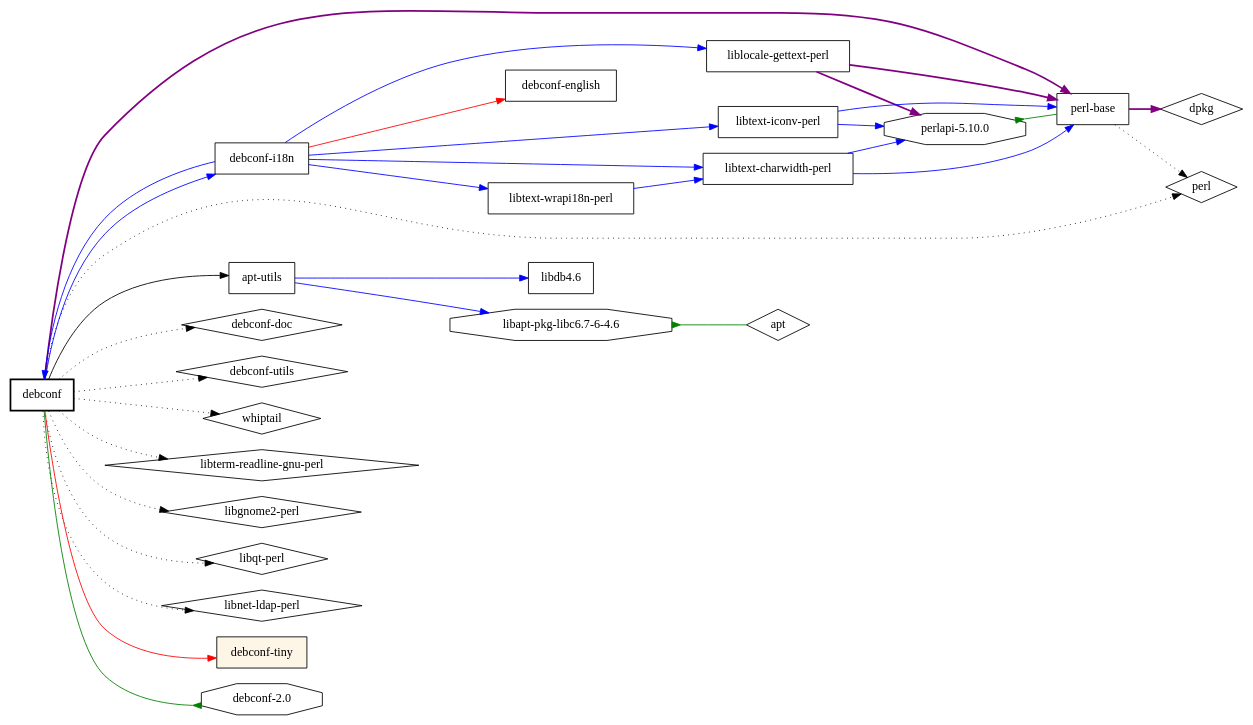
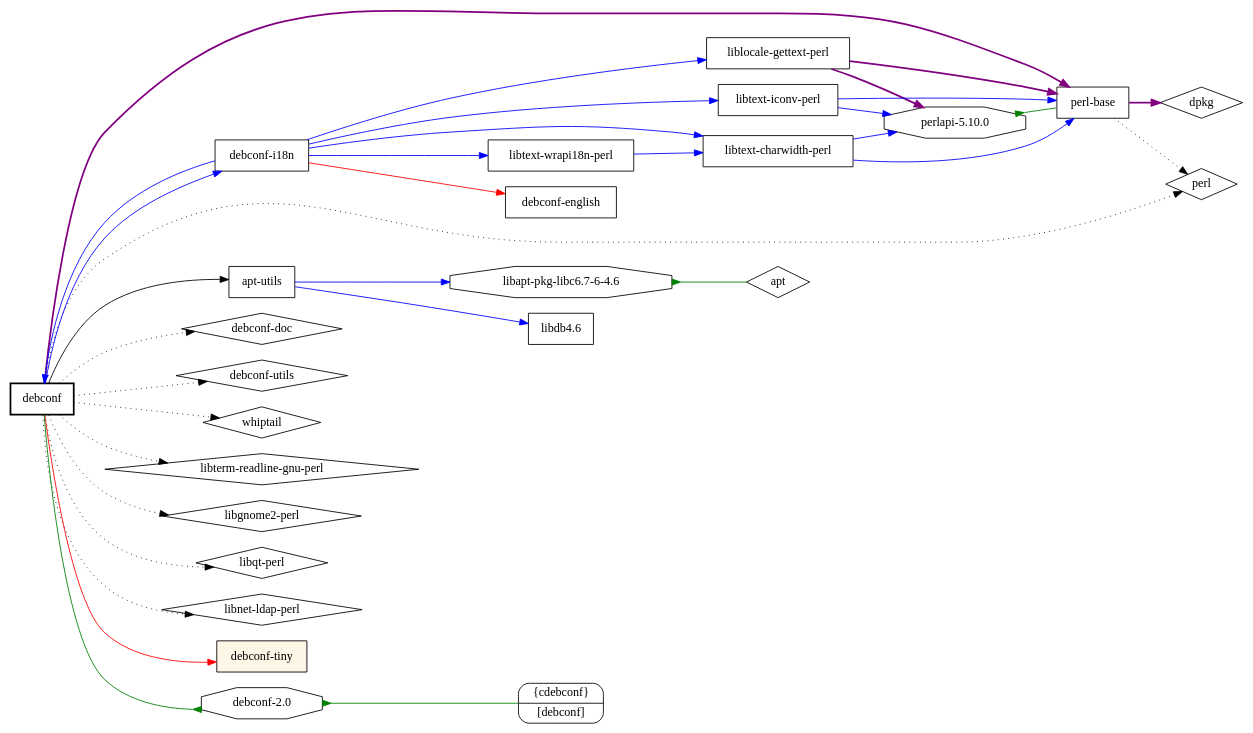
The diagram in testset/debconf3.dot (juandesant/debtree), drawn with Graphviz before and after one commit. The commit also changed 22 other files, not shown here.

```diff
--- a/testset/debconf3.dot
+++ b/testset/debconf3.dot
@@ -1,53 +1,59 @@
 digraph "debconf" {
 	rankdir=LR;
 	node [shape=box];
 	"debconf" -> "perl-base" [color=purple,style=bold];
 	"perl-base" -> "dpkg" [color=purple,style=bold];
 	"perl-base" -> "perl" [style=dotted];
 	"debconf" -> "debconf-i18n" [color=blue];
 	"debconf-i18n" -> "debconf" [color=blue];
 	"debconf-i18n" -> "liblocale-gettext-perl" [color=blue];
 	"liblocale-gettext-perl" -> "perl-base" [color=purple,style=bold];
 	"liblocale-gettext-perl" -> "perlapi-5.10.0" [color=purple,style=bold];
 	"perlapi-5.10.0" -> "perl-base" [dir=back,arrowtail=inv,color=green];
 	"perlapi-5.10.0" [shape=octagon];
 	"debconf-i18n" -> "libtext-iconv-perl" [color=blue];
 	"libtext-iconv-perl" -> "perl-base" [color=blue];
 	"libtext-iconv-perl" -> "perlapi-5.10.0" [color=blue];
 	"debconf-i18n" -> "libtext-wrapi18n-perl" [color=blue];
 	"libtext-wrapi18n-perl" -> "libtext-charwidth-perl" [color=blue];
 	"libtext-charwidth-perl" -> "perl-base" [color=blue];
 	"libtext-charwidth-perl" -> "perlapi-5.10.0" [color=blue];
 	"debconf-i18n" -> "libtext-charwidth-perl" [color=blue];
 	"debconf-i18n" -> "debconf-english" [color=red];
 	"debconf" -> "apt-utils";
 	"apt-utils" -> "libapt-pkg-libc6.7-6-4.6" [color=blue];
 	"libapt-pkg-libc6.7-6-4.6" -> "apt" [dir=back,arrowtail=inv,color=green];
 	"libapt-pkg-libc6.7-6-4.6" [shape=octagon];
 	"apt-utils" -> "libdb4.6" [color=blue];
 	"debconf" -> "debconf-doc" [style=dotted];
 	"debconf" -> "debconf-utils" [style=dotted];
 	"debconf" -> "whiptail" [style=dotted];
 	"debconf" -> "libterm-readline-gnu-perl" [style=dotted];
 	"debconf" -> "libgnome2-perl" [style=dotted];
 	"debconf" -> "libqt-perl" [style=dotted];
 	"debconf" -> "libnet-ldap-perl" [style=dotted];
 	"debconf" -> "perl" [style=dotted];
 	"debconf" -> "debconf-tiny" [color=red];
 	"debconf" -> "debconf-2.0" [arrowhead=inv,color=green];
+	"debconf-2.0" -> virt1 [dir=back,arrowtail=inv,color=green];
 	"debconf-2.0" [shape=octagon];
 	"debconf" [style="setlinewidth(2)"]
 	"debconf-tiny" [style=filled,fillcolor=oldlace];
-	"dpkg" [shape=diamond];
-	"perl" [shape=diamond];
+	virt1 [
+		shape = "record"
+		style = "rounded"
+		label = "<cdebconf> \{cdebconf\} | <debconf> [debconf]"
+	]
 	"apt" [shape=diamond];
 	"debconf-doc" [shape=diamond];
 	"debconf-utils" [shape=diamond];
+	"dpkg" [shape=diamond];
+	"libgnome2-perl" [shape=diamond];
+	"libnet-ldap-perl" [shape=diamond];
+	"libqt-perl" [shape=diamond];
+	"libterm-readline-gnu-perl" [shape=diamond];
+	"perl" [shape=diamond];
 	"whiptail" [shape=diamond];
-	"libterm-readline-gnu-perl" [shape=diamond];
-	"libgnome2-perl" [shape=diamond];
-	"libqt-perl" [shape=diamond];
-	"libnet-ldap-perl" [shape=diamond];
 }
 // Excluded dependencies:
 // libc6 libgcc1 libstdc++6
```
